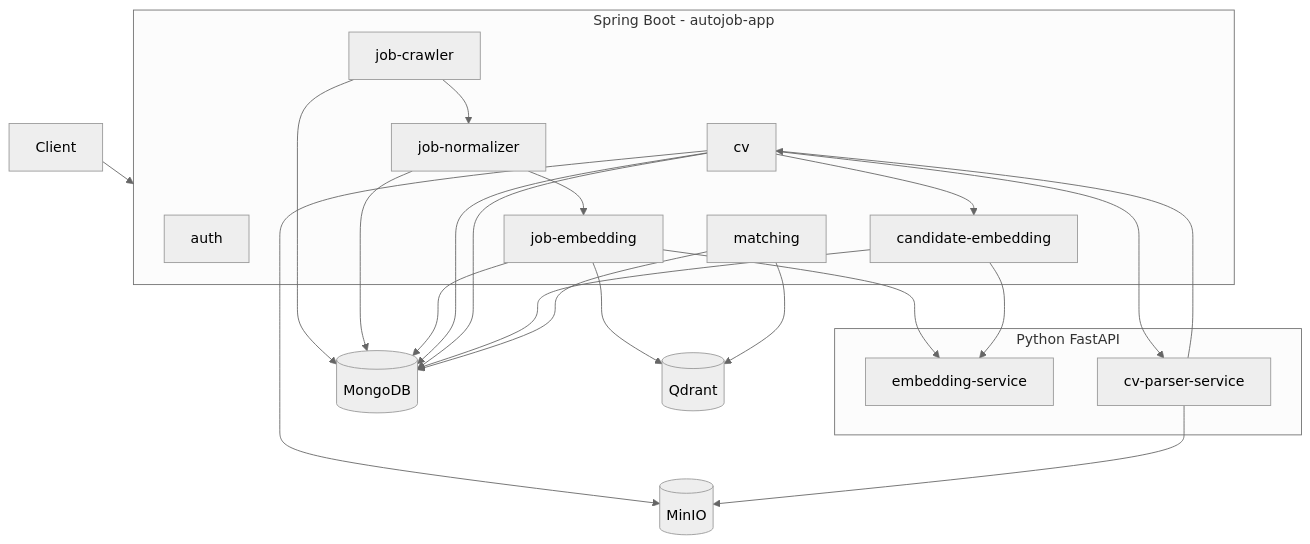
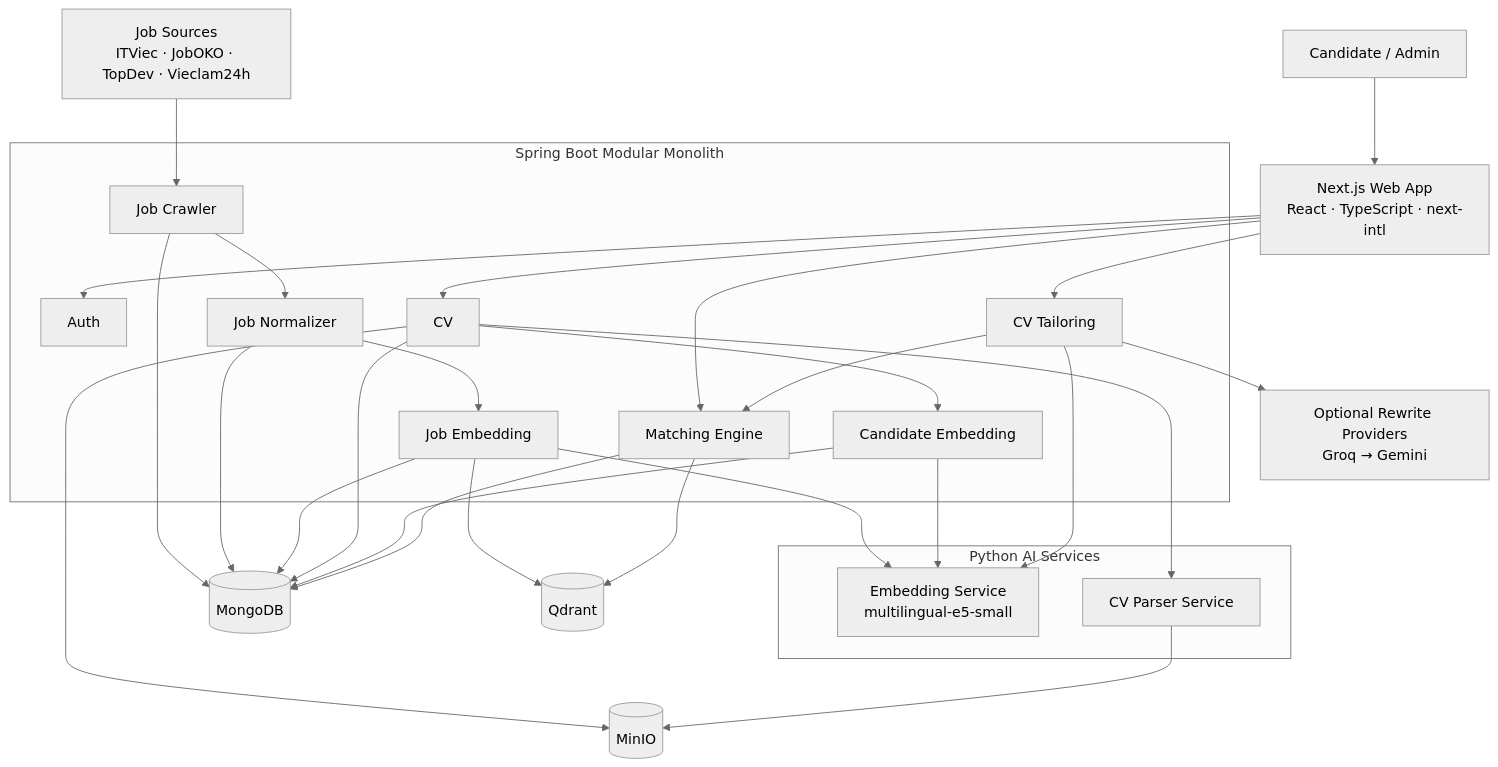
Before and after one commit to nguyenvanthanh1501bmt-hash/auto-job-matching: the diagram in README.md, drawn with Mermaid (neutral theme). The commit also changed other lines of this file and 10 other files, not shown here.

Commit message:
docs: refresh README and align documentation with current architecture

````diff
--- a/README.md
+++ b/README.md
@@ -63,52 +264,63 @@
 ```mermaid
 flowchart TB
 
-    CLIENT[Client]
+    USER["Candidate / Admin"]
+    WEB["Next.js Web App<br/>React · TypeScript · next-intl"]
 
-    subgraph APP["Spring Boot - autojob-app"]
-        AUTH[auth]
-        CRAWLER[job-crawler]
-        NORMALIZER[job-normalizer]
-        JOBEMBED[job-embedding]
-        CV[cv]
-        CANDEMBED[candidate-embedding]
-        MATCHING[matching]
+    subgraph JAVA["Spring Boot Modular Monolith"]
+        AUTH["Auth"]
+        CRAWLER["Job Crawler"]
+        NORMALIZER["Job Normalizer"]
+        JOB_EMBED["Job Embedding"]
+        CV["CV"]
+        CANDIDATE_EMBED["Candidate Embedding"]
+        MATCHING["Matching Engine"]
+        TAILORING["CV Tailoring"]
     end
 
-    subgraph AI["Python FastAPI"]
-        EMBEDDING[embedding-service]
-        CVPARSER[cv-parser-service]
+    subgraph AI["Python AI Services"]
+        EMBEDDING["Embedding Service<br/>multilingual-e5-small"]
+        CV_PARSER["CV Parser Service"]
     end
 
-    MONGO[(MongoDB)]
-    QDRANT[(Qdrant)]
-    MINIO[(MinIO)]
+    SOURCES["Job Sources<br/>ITViec · JobOKO · TopDev · Vieclam24h"]
+    AI_PROVIDER["Optional Rewrite Providers<br/>Groq → Gemini"]
 
-    CLIENT --> APP
+    MONGO[("MongoDB")]
+    QDRANT[("Qdrant")]
+    MINIO[("MinIO")]
+
+    USER --> WEB
+    WEB --> AUTH
+    WEB --> CV
+    WEB --> MATCHING
+    WEB --> TAILORING
+
+    SOURCES --> CRAWLER
 
     CRAWLER --> MONGO
     CRAWLER --> NORMALIZER
 
     NORMALIZER --> MONGO
-    NORMALIZER --> JOBEMBED
+    NORMALIZER --> JOB_EMBED
 
-    JOBEMBED --> EMBEDDING
-    JOBEMBED --> MONGO
-    JOBEMBED --> QDRANT
+    JOB_EMBED --> EMBEDDING
+    JOB_EMBED --> QDRANT
+    JOB_EMBED --> MONGO
 
     CV --> MINIO
+    CV --> CV_PARSER
+    CV_PARSER --> MINIO
     CV --> MONGO
-    CV --> CVPARSER
 
-    CVPARSER --> MINIO
-    CVPARSER --> CV
-
-    CV --> MONGO
-    CV --> CANDEMBED
-
-    CANDEMBED --> EMBEDDING
-    CANDEMBED --> MONGO
+    CV --> CANDIDATE_EMBED
+    CANDIDATE_EMBED --> EMBEDDING
+    CANDIDATE_EMBED --> MONGO
 
     MATCHING --> MONGO
     MATCHING --> QDRANT
+
+    TAILORING --> MATCHING
+    TAILORING --> EMBEDDING
+    TAILORING --> AI_PROVIDER
 ```
````
